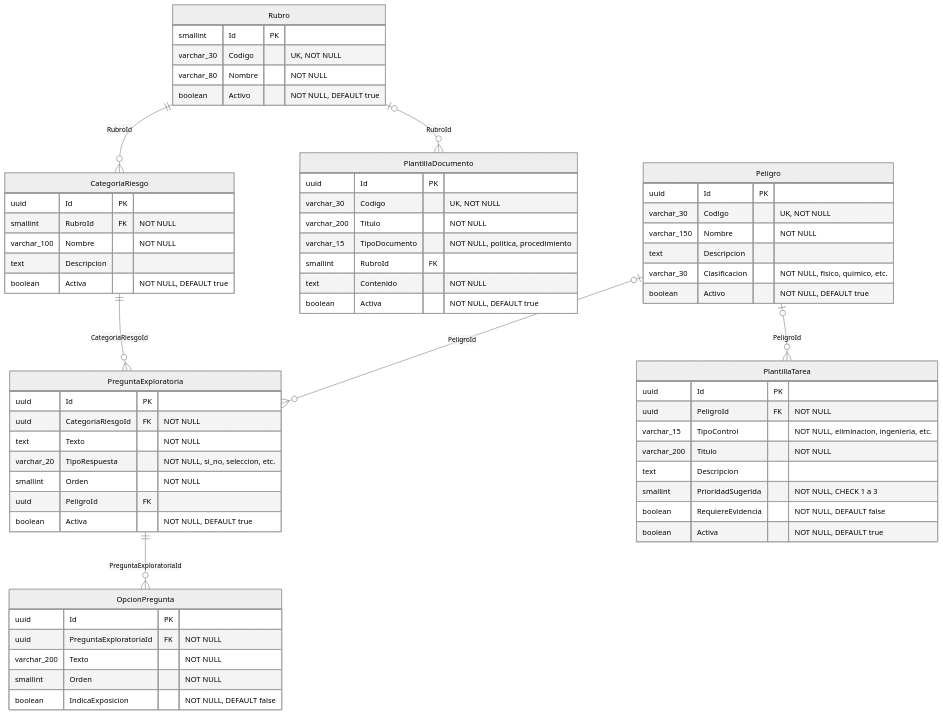
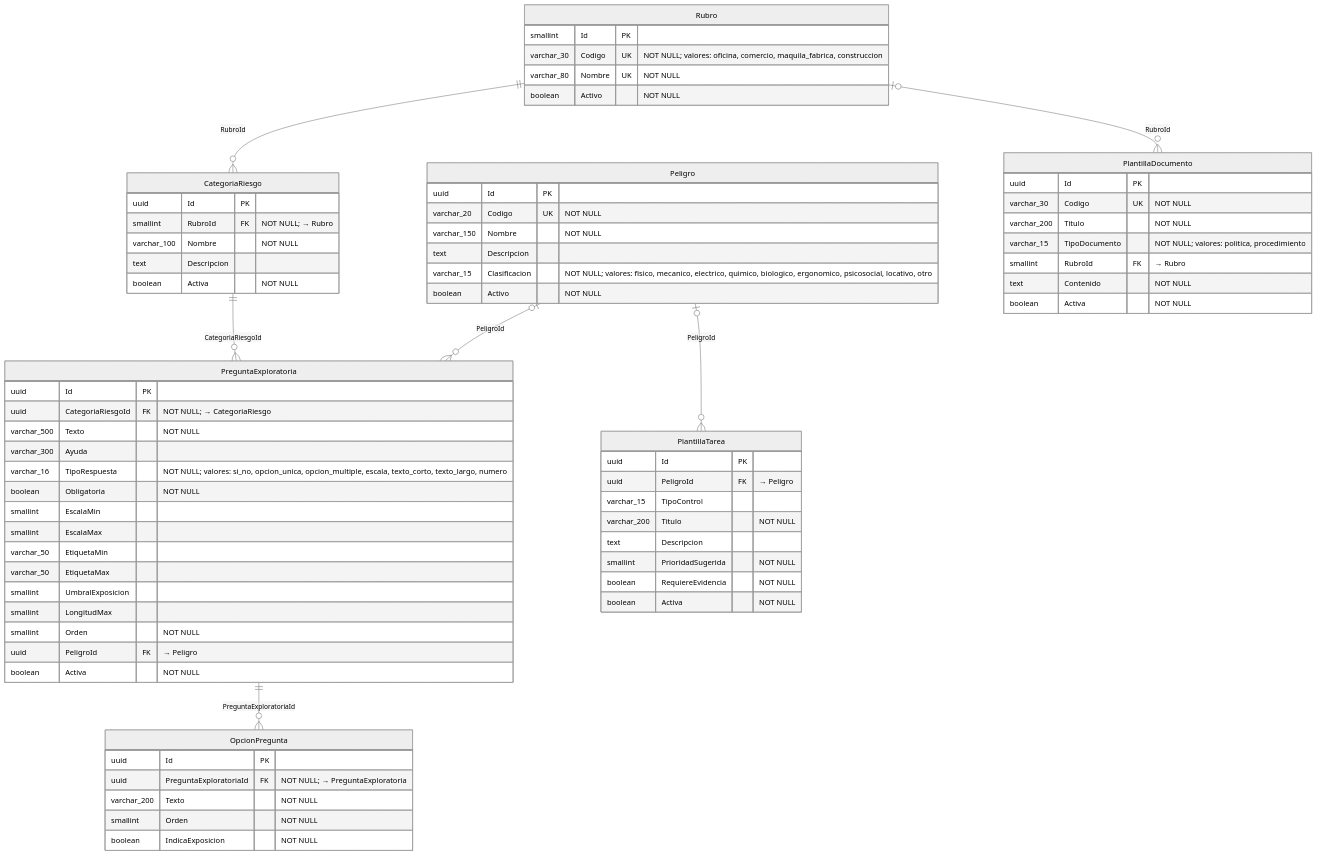
Before and after one commit to ddestephen/Sistemas-Expertos: the seventh of 10 diagrams in 15-diagramas-drawio.md, drawn with Mermaid (neutral theme). The commit also changed other lines of this file and 15 other files, not shown here.

````diff
--- a/15-diagramas-drawio.md
+++ b/15-diagramas-drawio.md
@@ -517,72 +372,80 @@
 ```mermaid
 erDiagram
     Rubro ||--o{ CategoriaRiesgo : "RubroId"
+    CategoriaRiesgo ||--o{ PreguntaExploratoria : "CategoriaRiesgoId"
+    Peligro |o--o{ PreguntaExploratoria : "PeligroId"
+    PreguntaExploratoria ||--o{ OpcionPregunta : "PreguntaExploratoriaId"
+    Peligro |o--o{ PlantillaTarea : "PeligroId"
     Rubro |o--o{ PlantillaDocumento : "RubroId"
-    CategoriaRiesgo ||--o{ PreguntaExploratoria : "CategoriaRiesgoId"
-    PreguntaExploratoria ||--o{ OpcionPregunta : "PreguntaExploratoriaId"
-    Peligro |o--o{ PreguntaExploratoria : "PeligroId"
-    Peligro |o--o{ PlantillaTarea : "PeligroId"
 
     Rubro {
         smallint Id PK
-        varchar_30 Codigo "UK, NOT NULL"
-        varchar_80 Nombre "NOT NULL"
-        boolean Activo "NOT NULL, DEFAULT true"
+        varchar_30 Codigo UK "NOT NULL; valores: oficina, comercio, maquila_fabrica, construccion"
+        varchar_80 Nombre UK "NOT NULL"
+        boolean Activo "NOT NULL"
     }
 
     CategoriaRiesgo {
         uuid Id PK
-        smallint RubroId FK "NOT NULL"
+        smallint RubroId FK "NOT NULL; → Rubro"
         varchar_100 Nombre "NOT NULL"
         text Descripcion
-        boolean Activa "NOT NULL, DEFAULT true"
+        boolean Activa "NOT NULL"
     }
 
     Peligro {
         uuid Id PK
-        varchar_30 Codigo "UK, NOT NULL"
+        varchar_20 Codigo UK "NOT NULL"
         varchar_150 Nombre "NOT NULL"
         text Descripcion
-        varchar_30 Clasificacion "NOT NULL, fisico, quimico, etc."
-        boolean Activo "NOT NULL, DEFAULT true"
+        varchar_15 Clasificacion "NOT NULL; valores: fisico, mecanico, electrico, quimico, biologico, ergonomico, psicosocial, locativo, otro"
+        boolean Activo "NOT NULL"
     }
 
     PreguntaExploratoria {
         uuid Id PK
-        uuid CategoriaRiesgoId FK "NOT NULL"
-        text Texto "NOT NULL"
-        varchar_20 TipoRespuesta "NOT NULL, si_no, seleccion, etc."
+        uuid CategoriaRiesgoId FK "NOT NULL; → CategoriaRiesgo"
+        varchar_500 Texto "NOT NULL"
+        varchar_300 Ayuda
+        varchar_16 TipoRespuesta "NOT NULL; valores: si_no, opcion_unica, opcion_multiple, escala, texto_corto, texto_largo, numero"
+        boolean Obligatoria "NOT NULL"
+        smallint EscalaMin
+        smallint EscalaMax
+        varchar_50 EtiquetaMin
+        varchar_50 EtiquetaMax
+        smallint UmbralExposicion
+        smallint LongitudMax
         smallint Orden "NOT NULL"
-        uuid PeligroId FK
-        boolean Activa "NOT NULL, DEFAULT true"
+        uuid PeligroId FK "→ Peligro"
+        boolean Activa "NOT NULL"
     }
 
     OpcionPregunta {
         uuid Id PK
-        uuid PreguntaExploratoriaId FK "NOT NULL"
+        uuid PreguntaExploratoriaId FK "NOT NULL; → PreguntaExploratoria"
         varchar_200 Texto "NOT NULL"
         smallint Orden "NOT NULL"
-        boolean IndicaExposicion "NOT NULL, DEFAULT false"
+        boolean IndicaExposicion "NOT NULL"
     }
 
     PlantillaTarea {
         uuid Id PK
-        uuid PeligroId FK "NOT NULL"
-        varchar_15 TipoControl "NOT NULL, eliminacion, ingenieria, etc."
+        uuid PeligroId FK "→ Peligro"
+        varchar_15 TipoControl
         varchar_200 Titulo "NOT NULL"
         text Descripcion
-        smallint PrioridadSugerida "NOT NULL, CHECK 1 a 3"
-        boolean RequiereEvidencia "NOT NULL, DEFAULT false"
-        boolean Activa "NOT NULL, DEFAULT true"
+        smallint PrioridadSugerida "NOT NULL"
+        boolean RequiereEvidencia "NOT NULL"
+        boolean Activa "NOT NULL"
     }
 
     PlantillaDocumento {
         uuid Id PK
-        varchar_30 Codigo "UK, NOT NULL"
+        varchar_30 Codigo UK "NOT NULL"
         varchar_200 Titulo "NOT NULL"
-        varchar_15 TipoDocumento "NOT NULL, politica, procedimiento"
-        smallint RubroId FK
+        varchar_15 TipoDocumento "NOT NULL; valores: politica, procedimiento"
+        smallint RubroId FK "→ Rubro"
         text Contenido "NOT NULL"
-        boolean Activa "NOT NULL, DEFAULT true"
+        boolean Activa "NOT NULL"
     }
 ```
````
